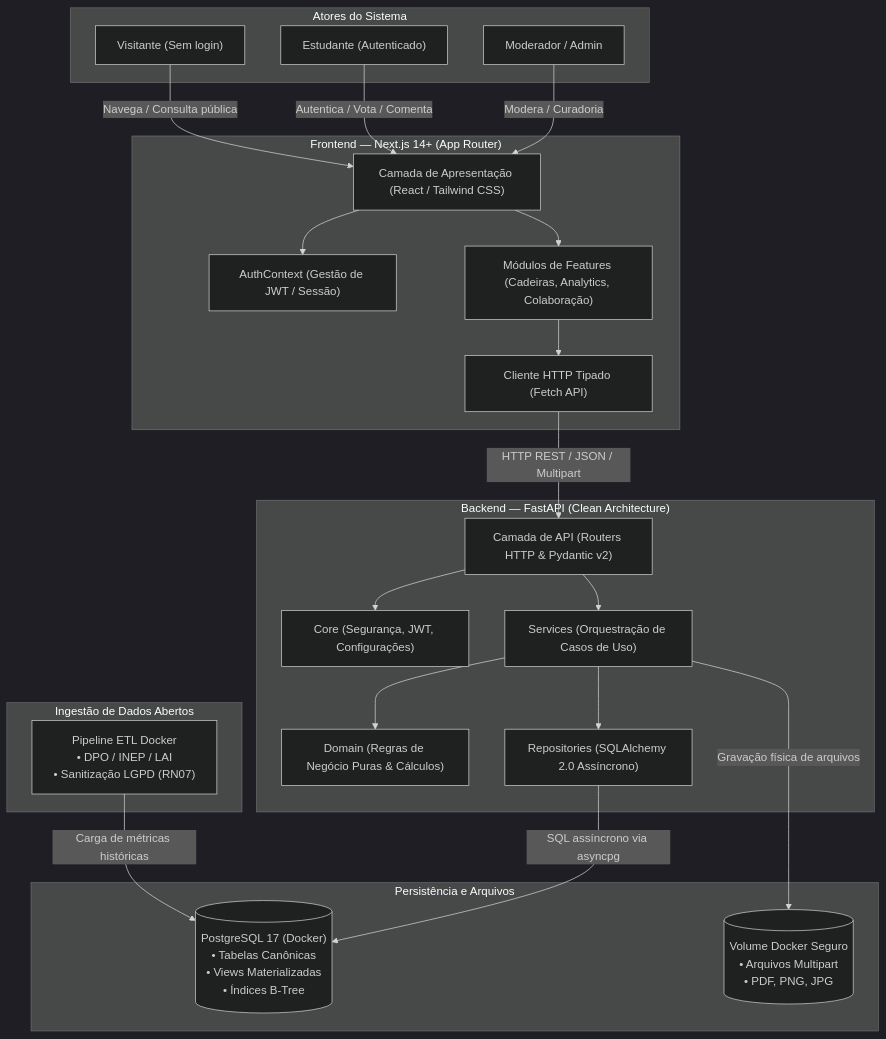
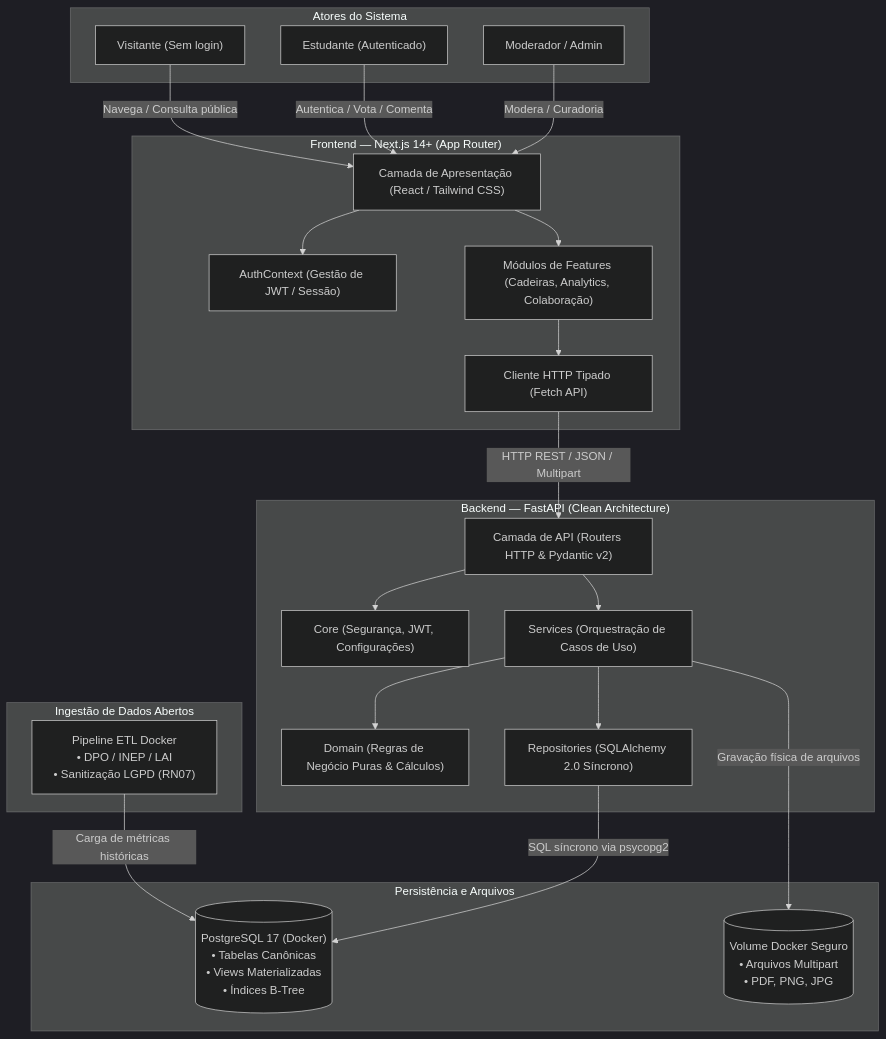
Before and after one commit to unb-mds/2026-02-TambureteiUnB: the first of 7 diagrams in docs/historias_usuario_arquitetura.md, drawn with Mermaid (dark theme). The commit also changed other lines of this file and 7 other files, not shown here.

````diff
--- a/docs/historias_usuario_arquitetura.md
+++ b/docs/historias_usuario_arquitetura.md
@@ -13,50 +15,50 @@
 ```mermaid
 graph TD
     subgraph Atores["Atores do Sistema"]
         V["Visitante (Sem login)"]
         E["Estudante (Autenticado)"]
         M["Moderador / Admin"]
     end
 
     subgraph FrontendApp["Frontend — Next.js 14+ (App Router)"]
         UI["Camada de Apresentação (React / Tailwind CSS)"]
         AuthCtx["AuthContext (Gestão de JWT / Sessão)"]
         Features["Módulos de Features (Cadeiras, Analytics, Colaboração)"]
         ApiClient["Cliente HTTP Tipado (Fetch API)"]
     end
 
     subgraph BackendApp["Backend — FastAPI (Clean Architecture)"]
         API["Camada de API (Routers HTTP & Pydantic v2)"]
         Core["Core (Segurança, JWT, Configurações)"]
         Services["Services (Orquestração de Casos de Uso)"]
         Domain["Domain (Regras de Negócio Puras & Cálculos)"]
-        Repos["Repositories (SQLAlchemy 2.0 Assíncrono)"]
+        Repos["Repositories (SQLAlchemy 2.0 Síncrono)"]
     end
 
     subgraph Armazenamento["Persistência e Arquivos"]
         DB[("PostgreSQL 17 (Docker)<br/>• Tabelas Canônicas<br/>• Views Materializadas<br/>• Índices B-Tree")]
         Storage[("Volume Docker Seguro<br/>• Arquivos Multipart<br/>• PDF, PNG, JPG")]
     end
 
     subgraph Pipeline["Ingestão de Dados Abertos"]
         ETL["Pipeline ETL Docker<br/>• DPO / INEP / LAI<br/>• Sanitização LGPD (RN07)"]
     end
 
     V -->|Navega / Consulta pública| UI
     E -->|Autentica / Vota / Comenta| UI
     M -->|Modera / Curadoria| UI
 
     UI --> AuthCtx
     UI --> Features
     Features --> ApiClient
 
     ApiClient -->|HTTP REST / JSON / Multipart| API
     API --> Core
     API --> Services
     Services --> Domain
     Services --> Repos
     Services -->|Gravação física de arquivos| Storage
 
-    Repos -->|SQL assíncrono via asyncpg| DB
+    Repos -->|SQL síncrono via psycopg2| DB
     ETL -->|Carga de métricas históricas| DB
 ```
````
